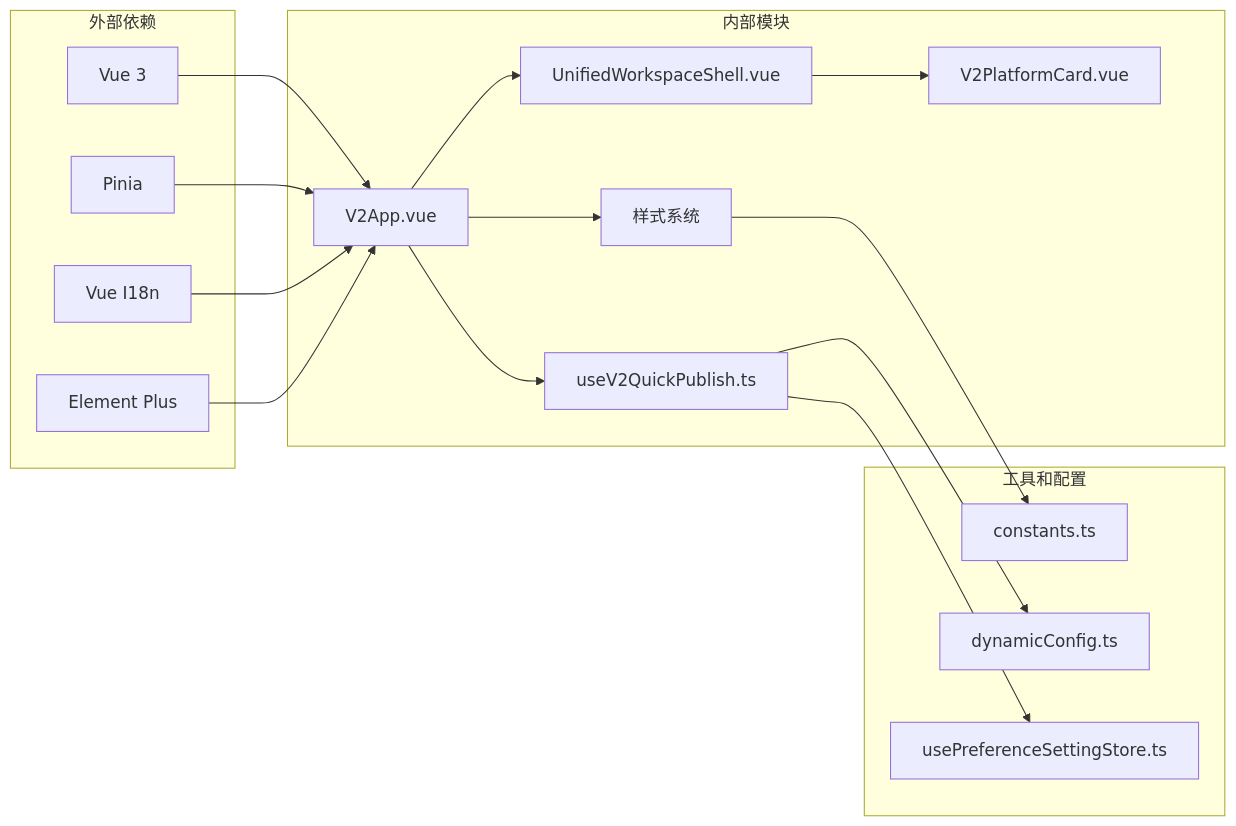
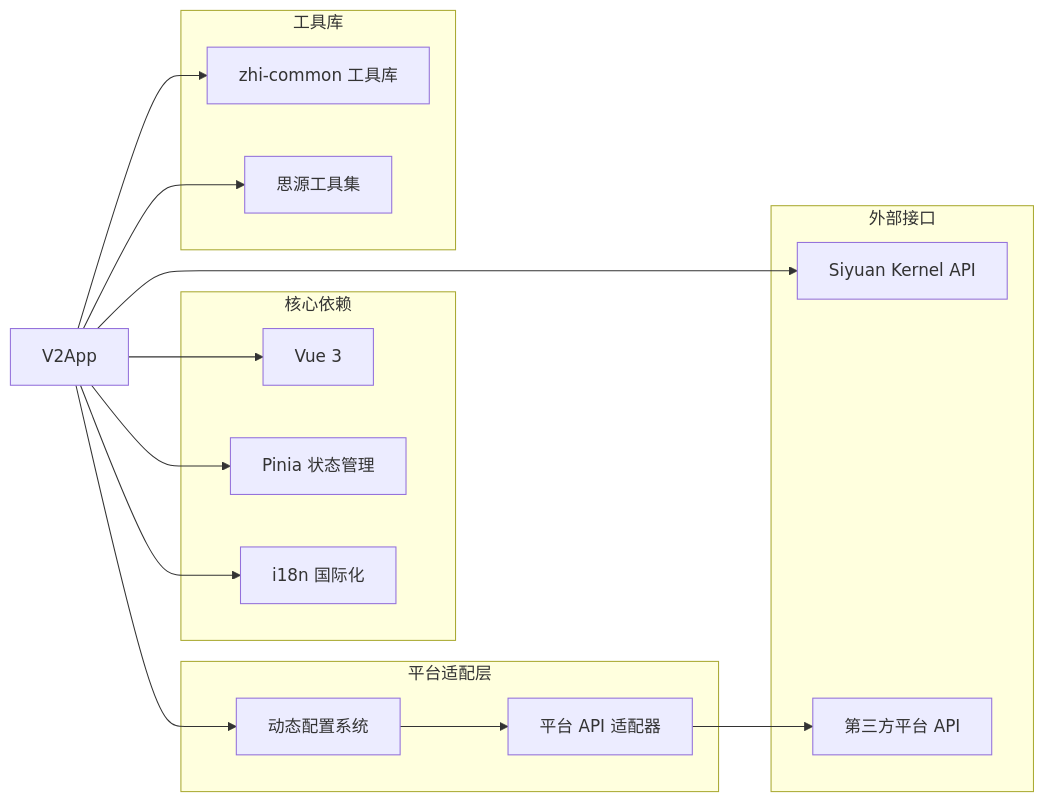
The tenth of 10 diagrams in .qoder/repowiki/zh/content/用户界面组件/页面组件/V2 应用根组件.md (terwer/siyuan-plugin-publisher), drawn with Mermaid before and after one commit. The commit also changed other lines of this file and 16 other files, not shown here.

````diff
--- a/.qoder/repowiki/zh/content/用户界面组件/页面组件/V2 应用根组件.md
+++ b/.qoder/repowiki/zh/content/用户界面组件/页面组件/V2 应用根组件.md
@@ -290,32 +383,29 @@
 ```mermaid
 graph LR
-subgraph "外部依赖"
+subgraph "核心依赖"
 Vue[Vue 3]
-Pinia[Pinia]
-I18n[Vue I18n]
-ElementPlus[Element Plus]
+Pinia[Pinia 状态管理]
+I18n[i18n 国际化]
 end
-subgraph "内部模块"
-V2App[V2App.vue]
-Shell[UnifiedWorkspaceShell.vue]
-PlatformCard[V2PlatformCard.vue]
-QuickPublish[useV2QuickPublish.ts]
-Styles[样式系统]
+subgraph "平台适配层"
+DynamicConfig[动态配置系统]
+PlatformAPI[平台 API 适配器]
 end
-subgraph "工具和配置"
-Constants[constants.ts]
-DynamicConfig[dynamicConfig.ts]
-PreferenceStore[usePreferenceSettingStore.ts]
+subgraph "工具库"
+ZhiCommon[zhi-common 工具库]
+SiyuanUtils[思源工具集]
 end
-Vue --> V2App
-Pinia --> V2App
-I18n --> V2App
-ElementPlus --> V2App
-V2App --> Shell
-V2App --> QuickPublish
-Shell --> PlatformCard
-QuickPublish --> DynamicConfig
-QuickPublish --> PreferenceStore
-V2App --> Styles
-Styles --> Constants
+subgraph "外部接口"
+SiyuanKernel[Siyuan Kernel API]
+ThirdParty[第三方平台 API]
+end
+V2App --> Vue
+V2App --> Pinia
+V2App --> I18n
+V2App --> DynamicConfig
+DynamicConfig --> PlatformAPI
+PlatformAPI --> ThirdParty
+V2App --> ZhiCommon
+V2App --> SiyuanUtils
+V2App --> SiyuanKernel
 ```
````
